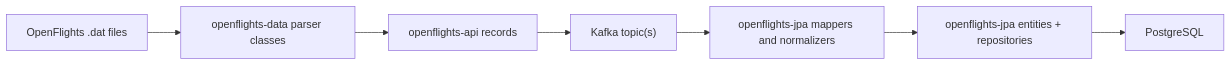
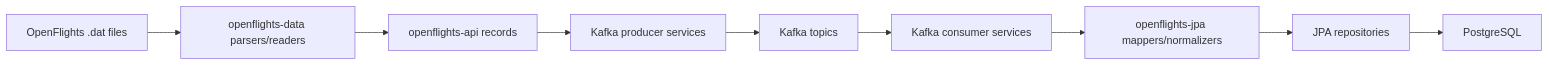
Before and after one commit to nklip/JavaCraft: the third of 6 diagrams in openflights/ARCHITECTURE.md, drawn with Mermaid. The commit also changed other lines of this file and 1 other file, not shown here.

Commit message:
openflights -> update documentation

````diff
--- a/openflights/ARCHITECTURE.md
+++ b/openflights/ARCHITECTURE.md
@@ -72,17 +111,21 @@
 ```mermaid
 flowchart LR
     dat["OpenFlights .dat files"]
-    parser["openflights-data parser classes"]
+    parser["openflights-data parsers/readers"]
     api["openflights-api records"]
-    kafka["Kafka topic(s)"]
-    mapper["openflights-jpa mappers and normalizers"]
-    jpa["openflights-jpa entities + repositories"]
+    producer["Kafka producer services"]
+    kafka["Kafka topics"]
+    consumer["Kafka consumer services"]
+    mapper["openflights-jpa mappers/normalizers"]
+    repo["JPA repositories"]
     pg["PostgreSQL"]
 
     dat --> parser
     parser --> api
-    api --> kafka
-    kafka --> mapper
-    mapper --> jpa
-    jpa --> pg
+    api --> producer
+    producer --> kafka
+    kafka --> consumer
+    consumer --> mapper
+    mapper --> repo
+    repo --> pg
 ```
````
